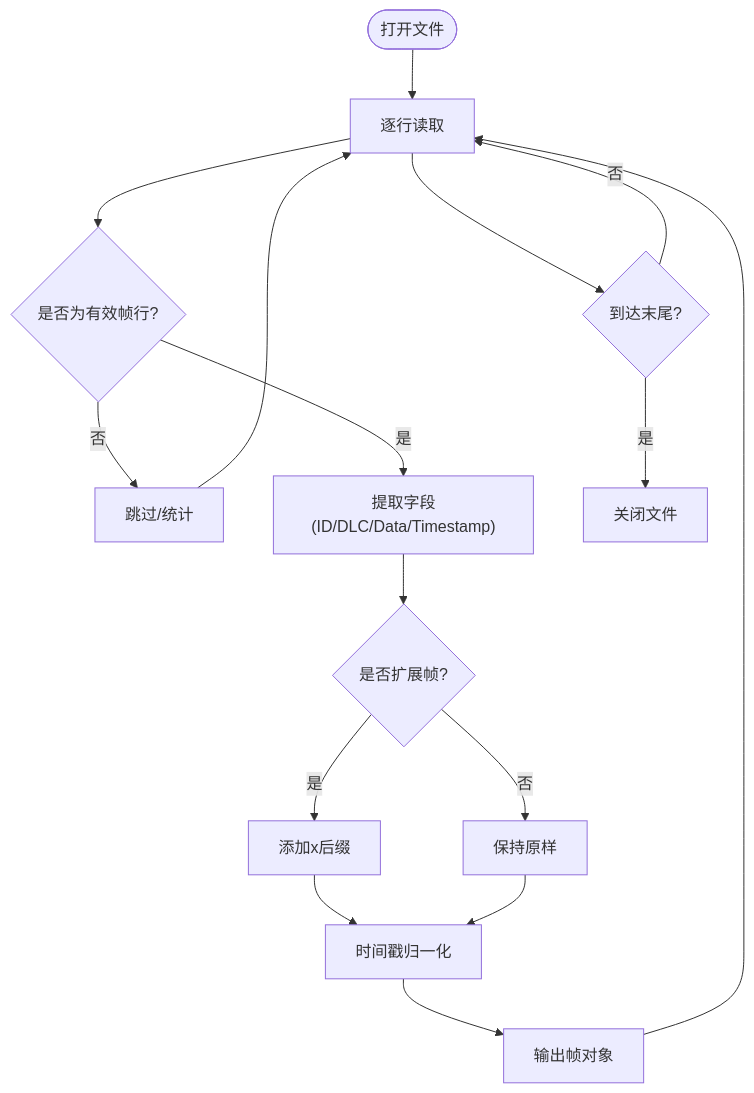
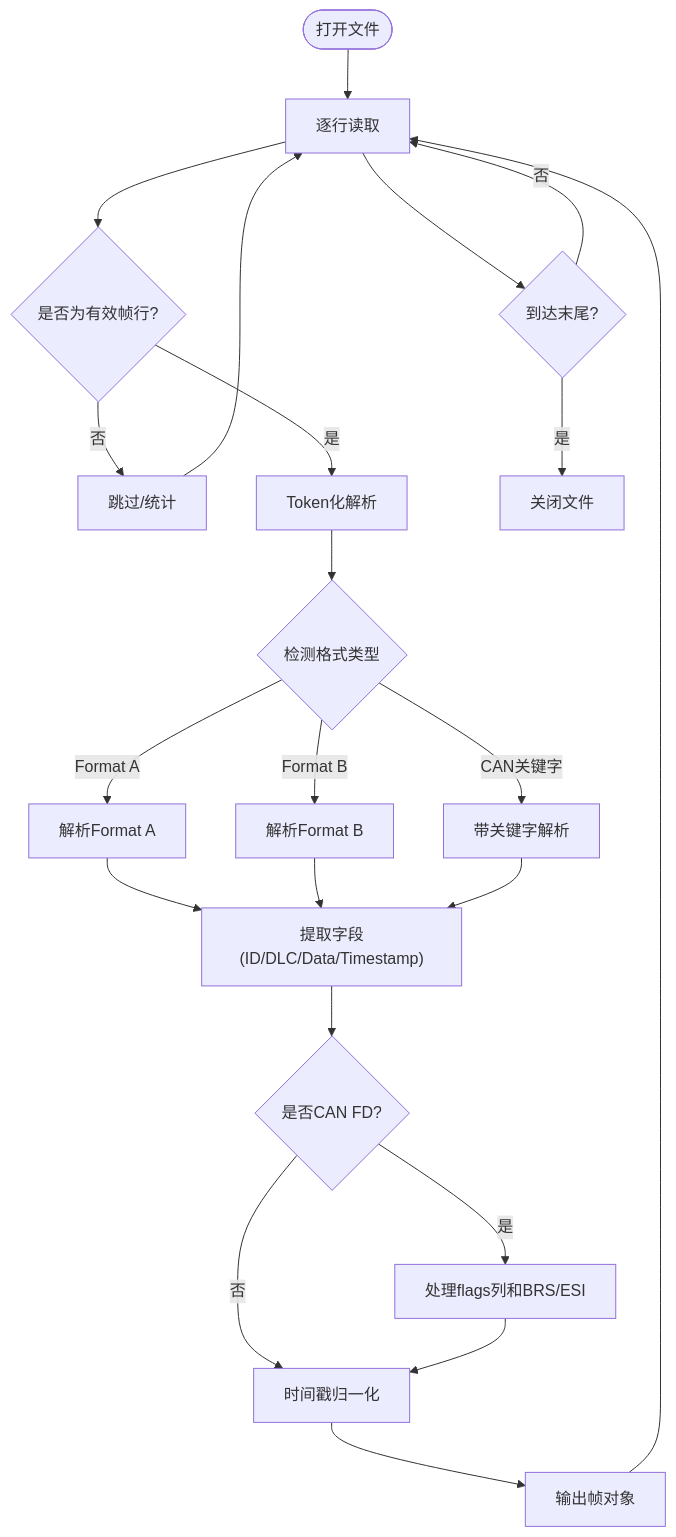
One commit to jakecai1225-design/OpenBus changed the fifth of 11 diagrams in .qoder/repowiki/zh/content/核心模块详解/CAN文件IO系统.md. Above: the diagram before and after it, drawn with Mermaid. The commit also changed other lines of this file and 12 other files, not shown here.

Commit message:
graphic回放bug

````diff
--- a/.qoder/repowiki/zh/content/核心模块详解/CAN文件IO系统.md
+++ b/.qoder/repowiki/zh/content/核心模块详解/CAN文件IO系统.md
@@ -290,18 +301,24 @@
 ```mermaid
 flowchart TD
 S(["打开文件"]) --> ReadLine["逐行读取"]
 ReadLine --> Parse{"是否为有效帧行?"}
 Parse -- 否 --> Skip["跳过/统计"]
 Skip --> ReadLine
-Parse -- 是 --> Extract["提取字段(ID/DLC/Data/Timestamp)"]
-Extract --> CheckFD{"是否扩展帧?"}
-CheckFD -- 是 --> AddSuffix["添加x后缀"]
-CheckFD -- 否 --> NoSuffix["保持原样"]
-AddSuffix --> Normalize["时间戳归一化"]
-NoSuffix --> Normalize
+Parse -- 是 --> Tokenize["Token化解析"]
+Tokenize --> DetectFormat{"检测格式类型"}
+DetectFormat --> |Format A| ParseFormatA["解析Format A"]
+DetectFormat --> |Format B| ParseFormatB["解析Format B"]
+DetectFormat --> |CAN关键字| ParseWithKW["带关键字解析"]
+ParseFormatA --> ExtractFields["提取字段(ID/DLC/Data/Timestamp)"]
+ParseFormatB --> ExtractFields
+ParseWithKW --> ExtractFields
+ExtractFields --> CheckFD{"是否CAN FD?"}
+CheckFD -- 是 --> HandleFlags["处理flags列和BRS/ESI"]
+CheckFD -- 否 --> Normalize["时间戳归一化"]
+HandleFlags --> Normalize
 Normalize --> Emit["输出帧对象"]
 Emit --> ReadLine
 ReadLine --> EOF{"到达末尾?"}
 EOF -- 否 --> ReadLine
 EOF -- 是 --> Close["关闭文件"]
 ```
````
